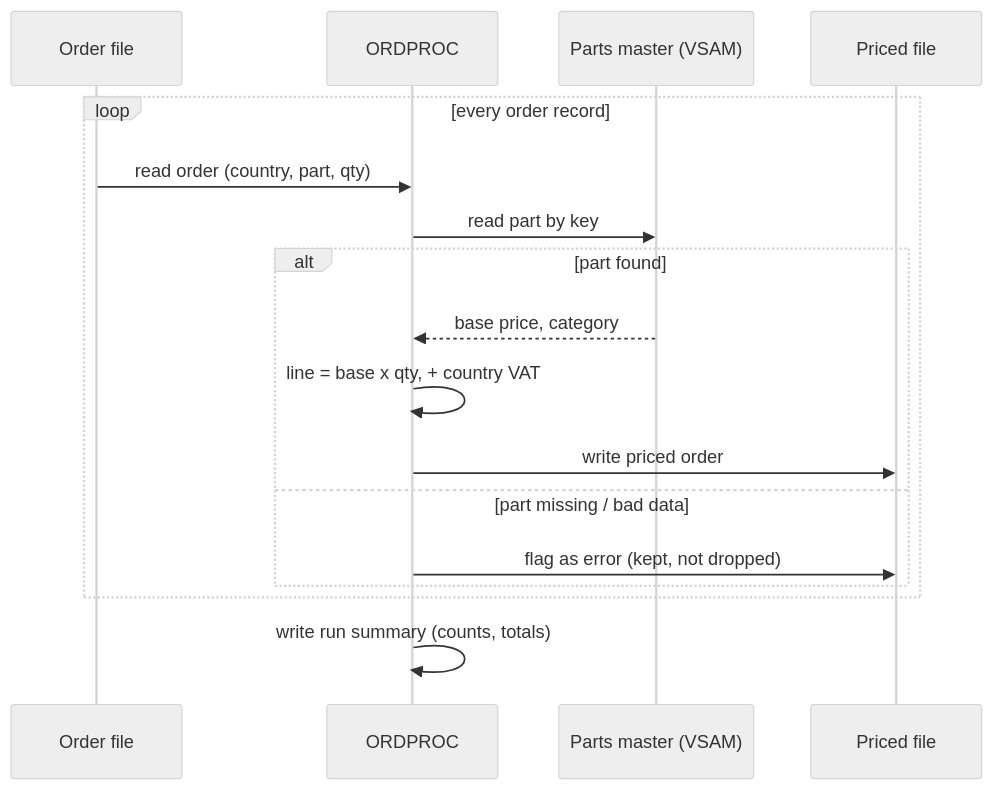
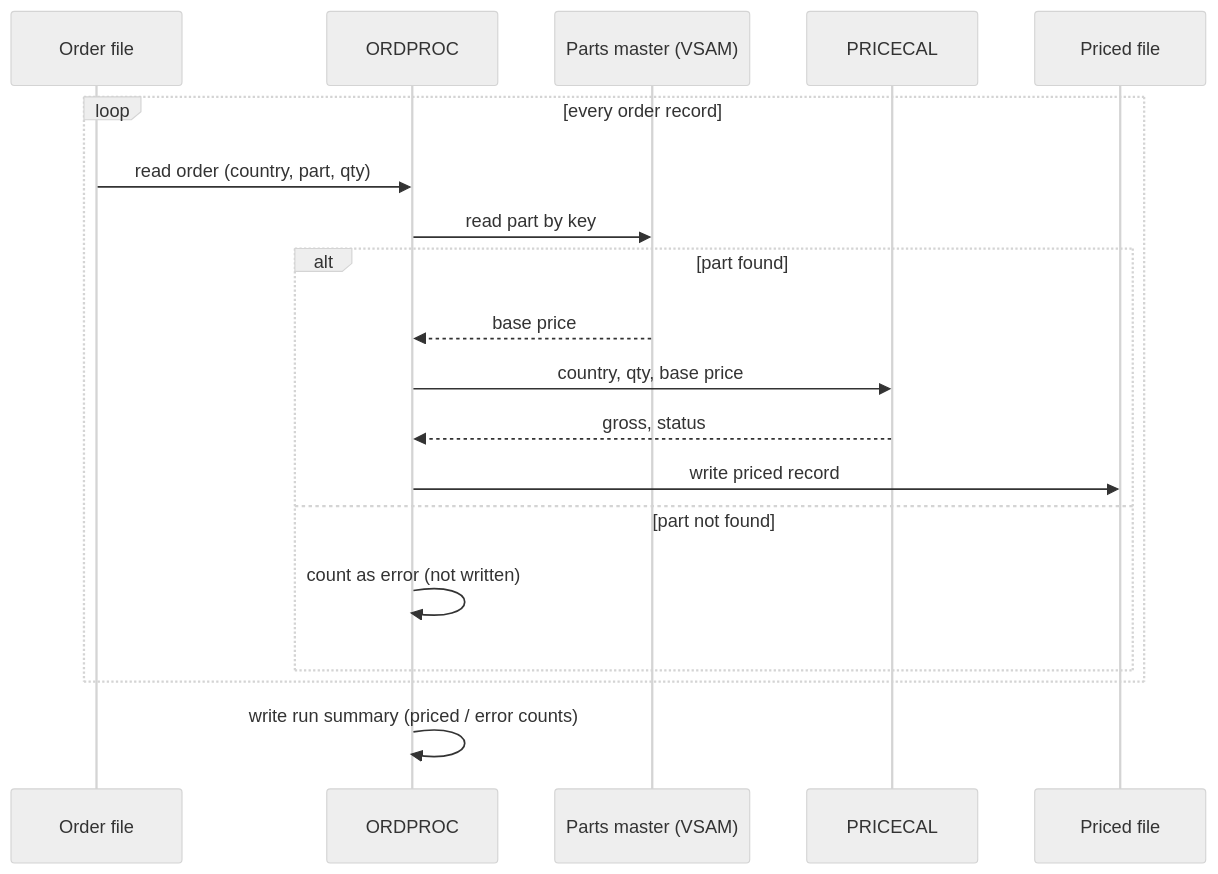
The second of 2 diagrams in docs/architecture.md (janvaclavikorganization/zos-autoparts-lab), drawn with Mermaid (neutral theme) before and after one commit. The commit also changed other lines of this file and 9 other files, not shown here.

````diff
--- a/docs/architecture.md
+++ b/docs/architecture.md
@@ -31,19 +29,21 @@
 ```mermaid
 sequenceDiagram
     participant S as Order file
     participant P as ORDPROC
     participant V as Parts master (VSAM)
+    participant C as PRICECAL
     participant O as Priced file
     loop every order record
         S->>P: read order (country, part, qty)
         P->>V: read part by key
         alt part found
-            V-->>P: base price, category
-            P->>P: line = base x qty, + country VAT
-            P->>O: write priced order
-        else part missing / bad data
-            P->>O: flag as error (kept, not dropped)
+            V-->>P: base price
+            P->>C: country, qty, base price
+            C-->>P: gross, status
+            P->>O: write priced record
+        else part not found
+            P->>P: count as error (not written)
         end
     end
-    P->>P: write run summary (counts, totals)
+    P->>P: write run summary (priced / error counts)
 ```
````
